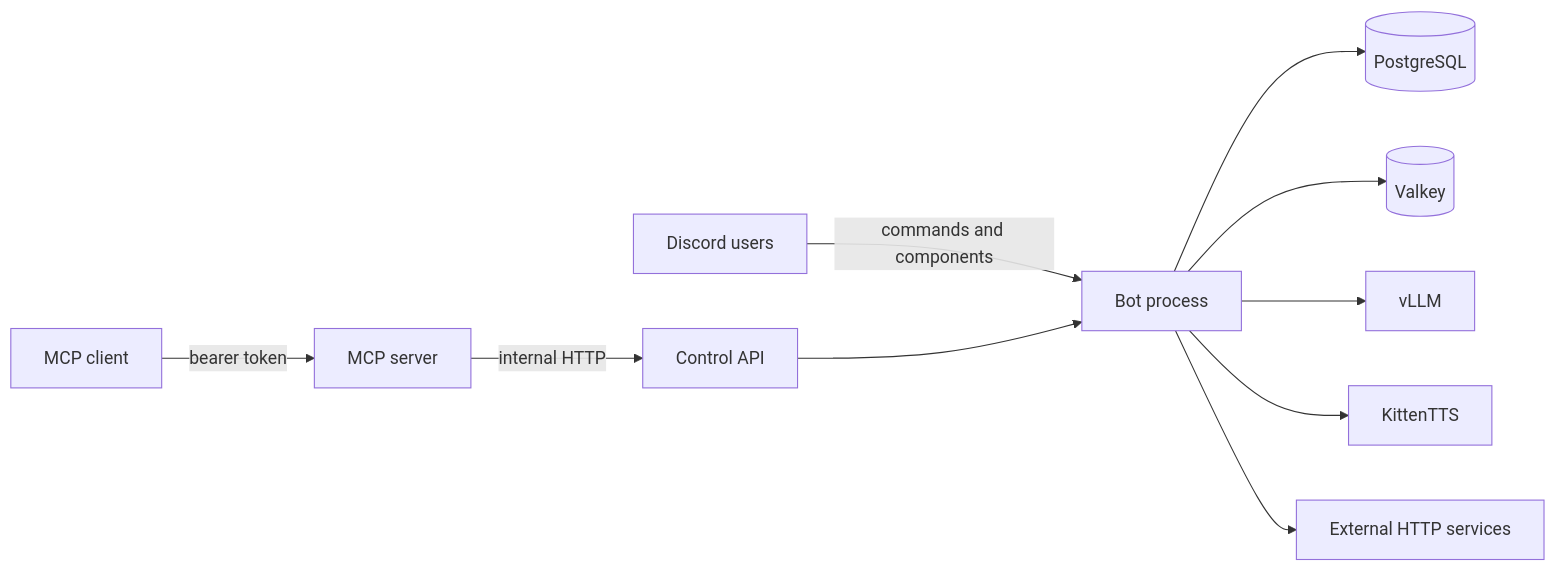
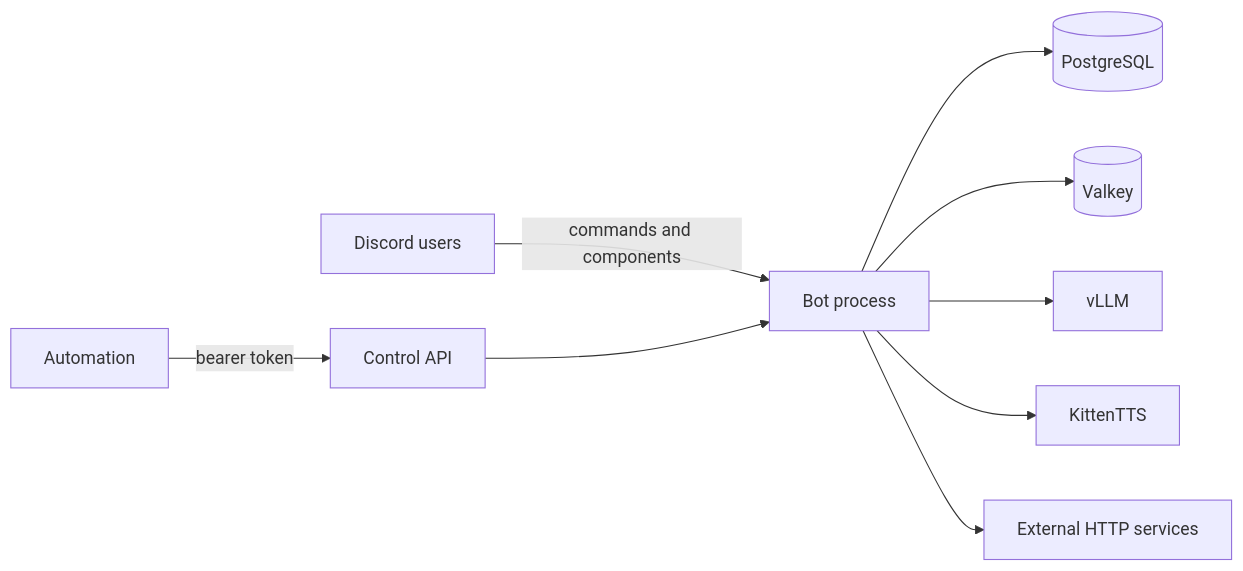
The diagram in docs/THREAT-MODEL.md (DeathSurfing/siela-bot), drawn with Mermaid before and after one commit. The commit also changed other lines of this file and 39 other files, not shown here.

First line of the commit message:
chore: retire unused MCP server

````diff
--- a/docs/THREAT-MODEL.md
+++ b/docs/THREAT-MODEL.md
@@ -7,12 +7,11 @@
 ```mermaid
 flowchart LR
   U[Discord users] -->|commands and components| BOT[Bot process]
-  M[MCP client] -->|bearer token| MCP[MCP server]
-  MCP -->|internal HTTP| API[Control API]
+  A[Automation] -->|bearer token| API[Control API]
   API --> BOT
   BOT --> DB[(PostgreSQL)]
   BOT --> VK[(Valkey)]
   BOT --> LLM[vLLM]
   BOT --> TTS[KittenTTS]
   BOT --> EXT[External HTTP services]
 ```
````
